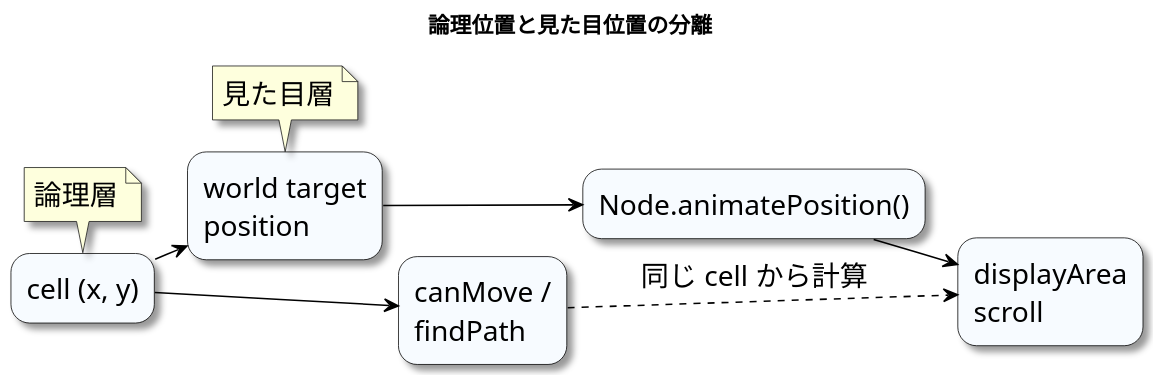
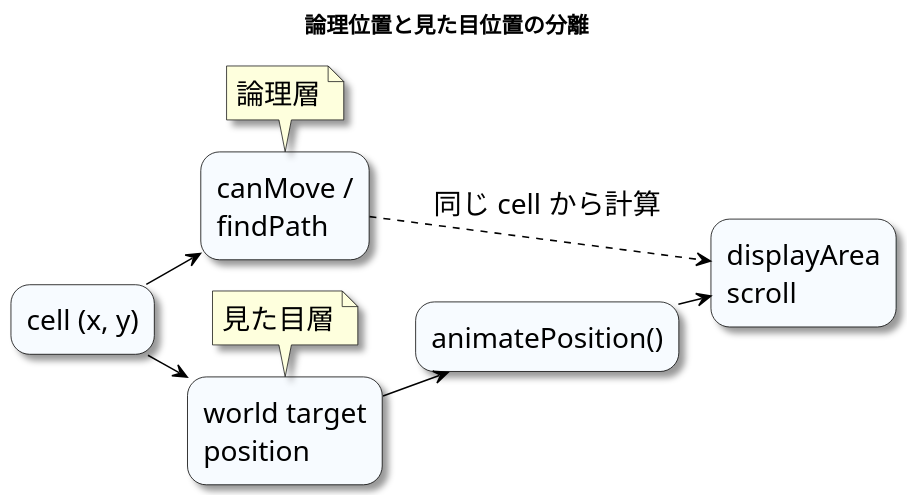
The diagram in book/img/puml/fig23_01_tile_logic_visual.puml (jun-mizutani/webg), drawn with PlantUML before and after one commit. The commit also changed 16 other files, not shown here.

```diff
--- a/book/img/puml/fig23_01_tile_logic_visual.puml
+++ b/book/img/puml/fig23_01_tile_logic_visual.puml
@@ -1,39 +1,40 @@
 @startuml
 title 論理位置と見た目位置の分離
 
+'top to bottom direction
 left to right direction
 skinparam backgroundColor white
 skinparam shadowing true
 skinparam dpi 150
 skinparam defaultFontName Yu Gothic UI
 skinparam defaultFontSize 18
 skinparam rectangle {
   RoundCorner 24
   BorderColor black
   BackgroundColor #f7fbff
   FontColor black
 }
 skinparam ArrowColor black
 skinparam ranksep 20
 skinparam nodesep 20
 
 rectangle "cell (x, y)" as Cell
 rectangle "canMove /\nfindPath" as Logic
 rectangle "world target\nposition" as WorldTarget
-rectangle "Node.animatePosition()" as AnimatePosition
+rectangle "animatePosition()" as AnimatePosition
 rectangle "displayArea\nscroll" as DisplayArea
 
-Cell -down-> Logic
 Cell --> WorldTarget
+Cell --> Logic
 Logic ..> DisplayArea : 同じ cell から計算
 WorldTarget -down-> AnimatePosition
 AnimatePosition -down-> DisplayArea
 
-note top of Cell
+note top of Logic
 論理層
 end note
 
 note top of WorldTarget
 見た目層
 end note
 @enduml
```
